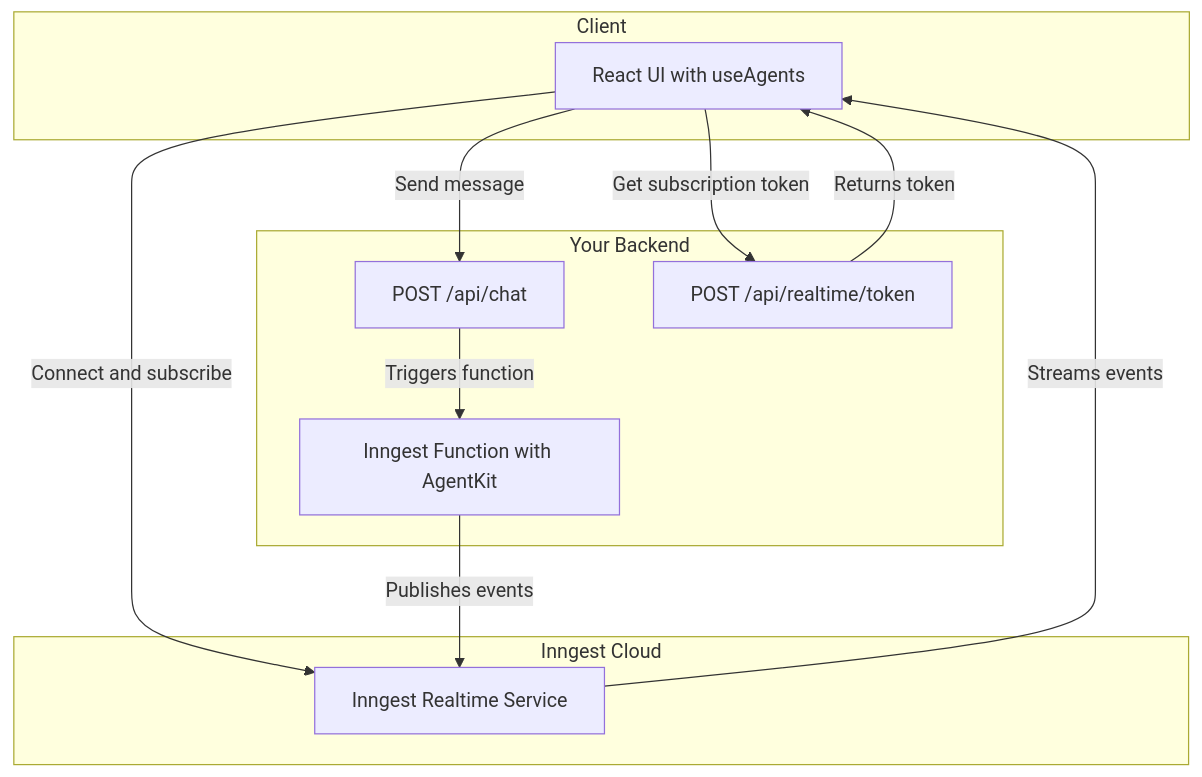
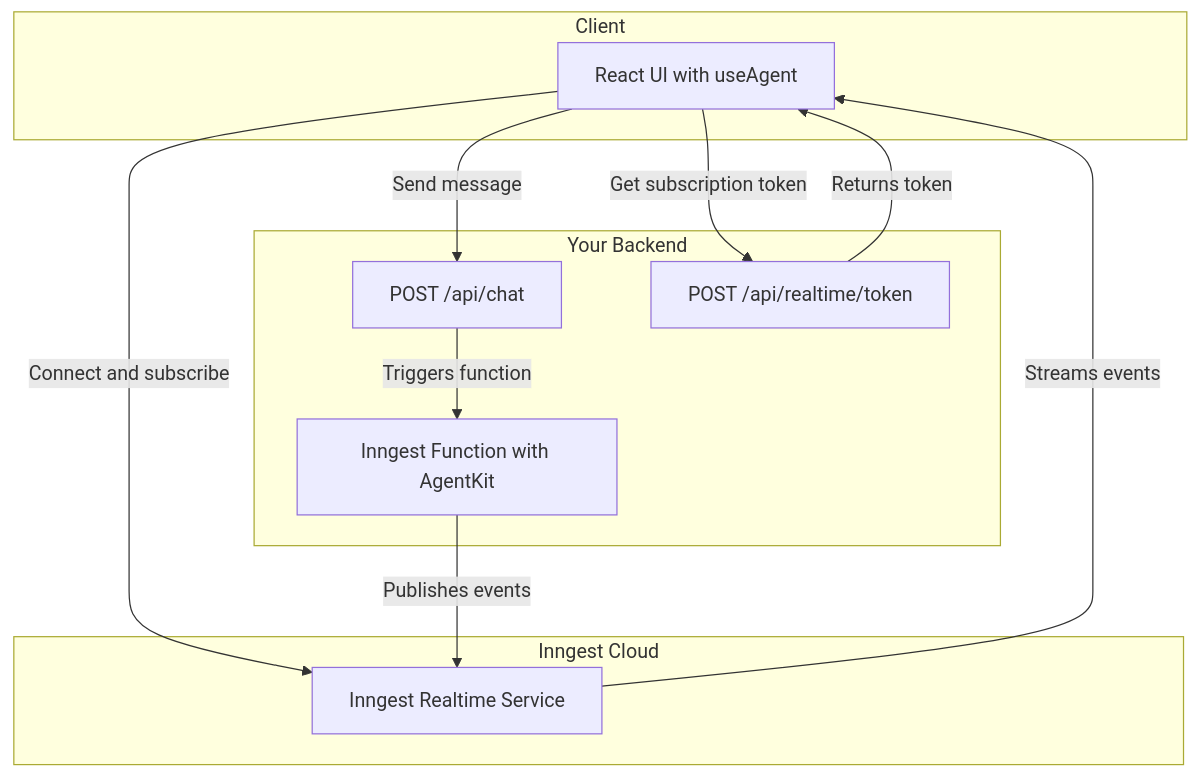
Before and after one commit to inngest/agent-kit: the diagram in docs/streaming/transport.mdx, drawn with Mermaid. The commit also changed other lines of this file and 5 other files, not shown here.

````diff
--- a/docs/streaming/transport.mdx
+++ b/docs/streaming/transport.mdx
@@ -26,25 +26,25 @@
 ```mermaid
 graph TD
   subgraph Client
-    UI[React UI with useAgents]
+    UI[React UI with useAgent]
   end
 
   subgraph Your Backend
     ChatRoute[POST /api/chat]
     TokenRoute[POST /api/realtime/token]
     InngestFn[Inngest Function with AgentKit]
   end
 
   subgraph Inngest Cloud
     Realtime[Inngest Realtime Service]
   end
 
   UI -->|Get subscription token| TokenRoute
   TokenRoute -->|Returns token| UI
   UI -->|Connect and subscribe| Realtime
   
   UI -->|Send message| ChatRoute
   ChatRoute -->|Triggers function| InngestFn
   InngestFn -->|Publishes events| Realtime
   Realtime -->|Streams events| UI
 ```
````
